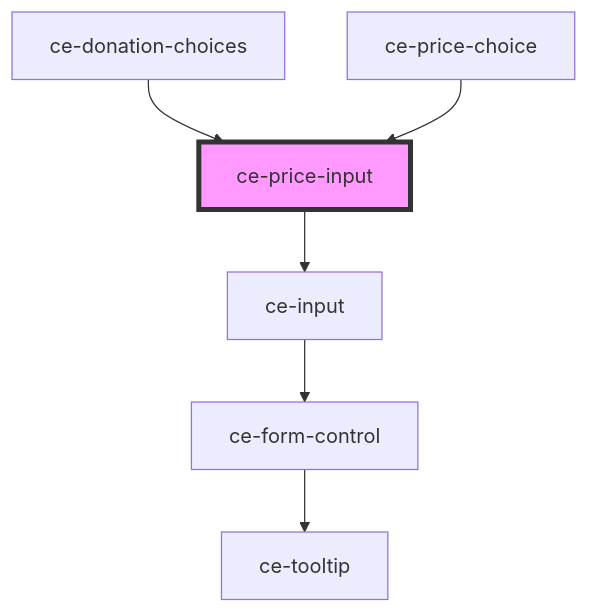
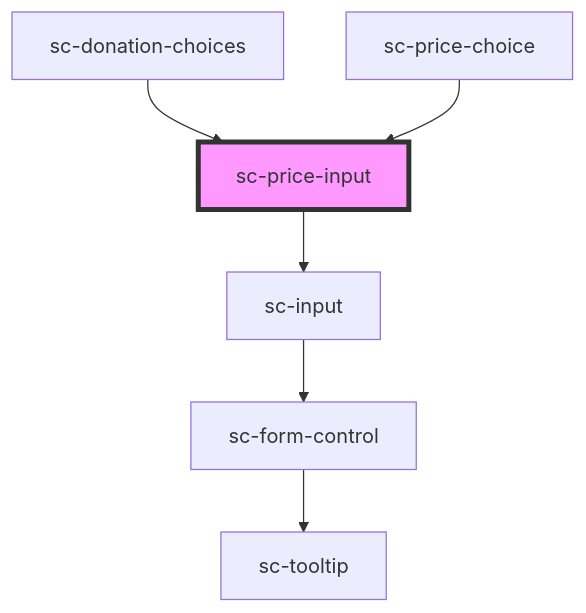
Before and after one commit to surecart/surecart-wp-plugin: the diagram in packages/components/src/components/ui/price-input/readme.md, drawn with Mermaid. The commit also changed other lines of this file and 1281 other files, not shown here.

````diff
--- a/packages/components/src/components/ui/price-input/readme.md
+++ b/packages/components/src/components/ui/price-input/readme.md
@@ -108,9 +108,9 @@
 ```mermaid
 graph TD;
-  ce-price-input --> ce-input
-  ce-input --> ce-form-control
-  ce-form-control --> ce-tooltip
-  ce-donation-choices --> ce-price-input
-  ce-price-choice --> ce-price-input
-  style ce-price-input fill:#f9f,stroke:#333,stroke-width:4px
+  sc-price-input --> sc-input
+  sc-input --> sc-form-control
+  sc-form-control --> sc-tooltip
+  sc-donation-choices --> sc-price-input
+  sc-price-choice --> sc-price-input
+  style sc-price-input fill:#f9f,stroke:#333,stroke-width:4px
 ```
````
